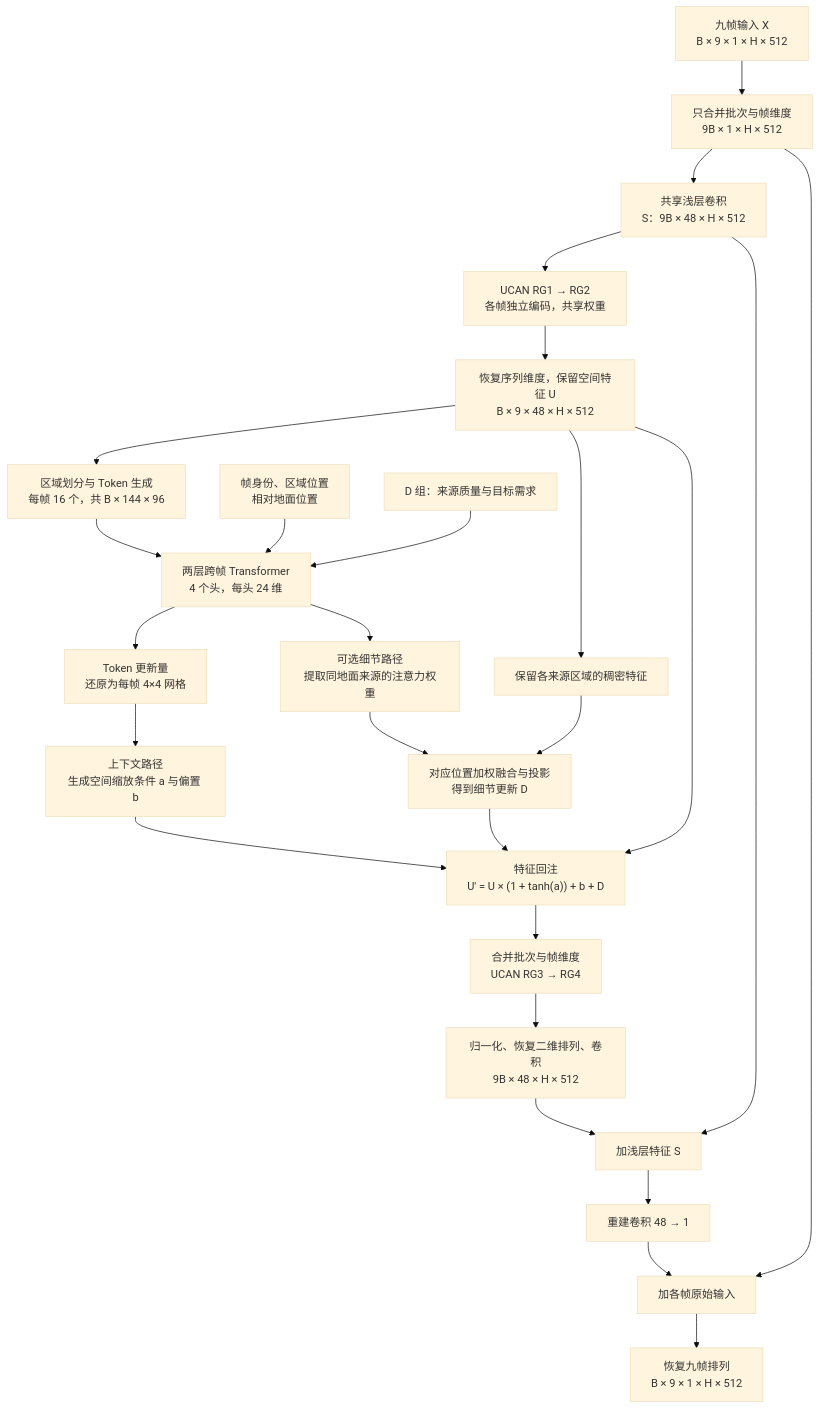
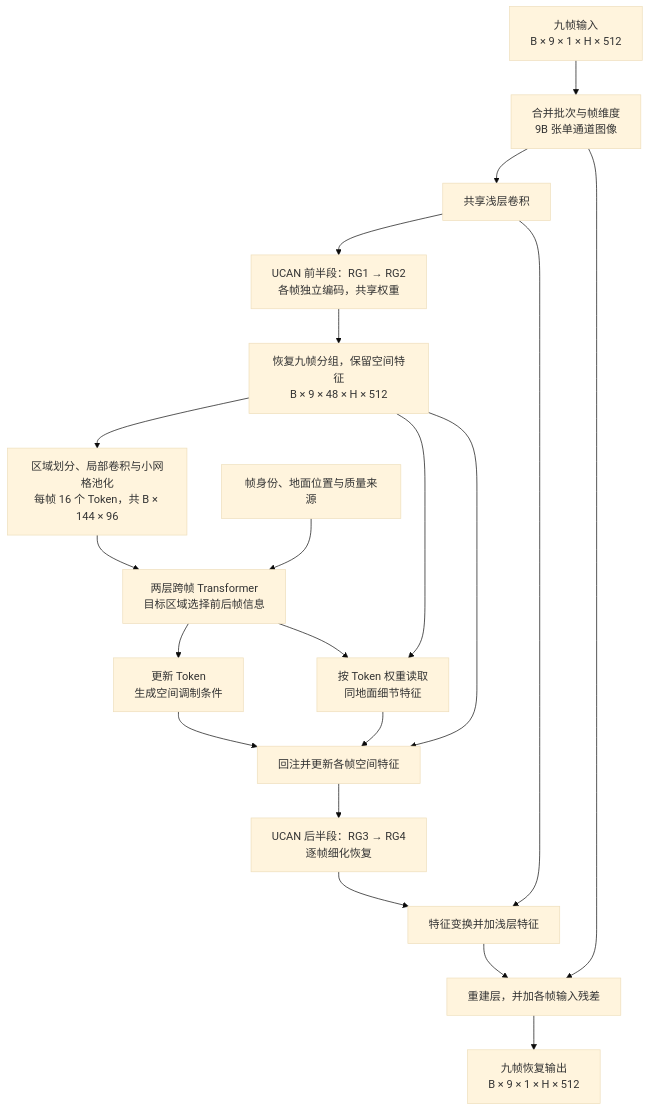
Before and after one commit to deathend110/SAR_Sequence_Restore: the diagram in docs/阶段成果与后续路线.md, drawn with Mermaid (base theme). The commit also changed other lines of this file and 1 other file, not shown here.

````diff
--- a/docs/阶段成果与后续路线.md
+++ b/docs/阶段成果与后续路线.md
@@ -59,30 +55,22 @@
 ```mermaid
 graph TD
-    X["九帧输入 X<br/>B × 9 × 1 × H × 512"] --> PACK["只合并批次与帧维度<br/>9B × 1 × H × 512"]
-    PACK --> SH["共享浅层卷积<br/>S：9B × 48 × H × 512"]
-    SH --> ENC["UCAN RG1 → RG2<br/>各帧独立编码，共享权重"]
-    ENC --> U["恢复序列维度，保留空间特征 U<br/>B × 9 × 48 × H × 512"]
-
-    U --> TOK["区域划分与 Token 生成<br/>每帧 16 个，共 B × 144 × 96"]
-    POS["帧身份、区域位置<br/>相对地面位置"] --> INTER["两层跨帧 Transformer<br/>4 个头，每头 24 维"]
-    TOK --> INTER
-    QUALITY["D 组：来源质量与目标需求"] --> INTER
-    INTER --> DELTA["Token 更新量<br/>还原为每帧 4×4 网格"]
-    DELTA --> COND["上下文路径<br/>生成空间缩放条件 a 与偏置 b"]
-    INTER --> SELECT["可选细节路径<br/>提取同地面来源的注意力权重"]
-    U --> PAYLOAD["保留各来源区域的稠密特征"]
-    PAYLOAD --> DETAIL["对应位置加权融合与投影<br/>得到细节更新 D"]
-    SELECT --> DETAIL
-
-    U --> FUSE["特征回注<br/>U' = U × (1 + tanh(a)) + b + D"]
-    COND --> FUSE
+    X["九帧输入<br/>B × 9 × 1 × H × 512"] --> PACK["合并批次与帧维度<br/>9B 张单通道图像"]
+    PACK --> SH["共享浅层卷积"]
+    SH --> ENC["UCAN 前半段：RG1 → RG2<br/>各帧独立编码，共享权重"]
+    ENC --> U["恢复九帧分组，保留空间特征<br/>B × 9 × 48 × H × 512"]
+    U --> TOK["区域划分、局部卷积与小网格池化<br/>每帧 16 个 Token，共 B × 144 × 96"]
+    TOK --> ATT["两层跨帧 Transformer<br/>目标区域选择前后帧信息"]
+    META["帧身份、地面位置与质量来源"] --> ATT
+    ATT --> CONTEXT["更新 Token<br/>生成空间调制条件"]
+    ATT --> DETAIL["按 Token 权重读取<br/>同地面细节特征"]
+    U --> DETAIL
+    CONTEXT --> FUSE["回注并更新各帧空间特征"]
     DETAIL --> FUSE
-    FUSE --> DEC["合并批次与帧维度<br/>UCAN RG3 → RG4"]
-    DEC --> BODY["归一化、恢复二维排列、卷积<br/>9B × 48 × H × 512"]
-    BODY --> ADD["加浅层特征 S"]
-    SH --> ADD
-    ADD --> HEAD["重建卷积 48 → 1"]
-    HEAD --> RES["加各帧原始输入"]
-    PACK --> RES
-    RES --> OUT["恢复九帧排列<br/>B × 9 × 1 × H × 512"]
+    U --> FUSE
+    FUSE --> DEC["UCAN 后半段：RG3 → RG4<br/>逐帧细化恢复"]
+    DEC --> BODY["特征变换并加浅层特征"]
+    SH --> BODY
+    BODY --> HEAD["重建层，并加各帧输入残差"]
+    PACK --> HEAD
+    HEAD --> OUT["九帧恢复输出<br/>B × 9 × 1 × H × 512"]
 ```
````
